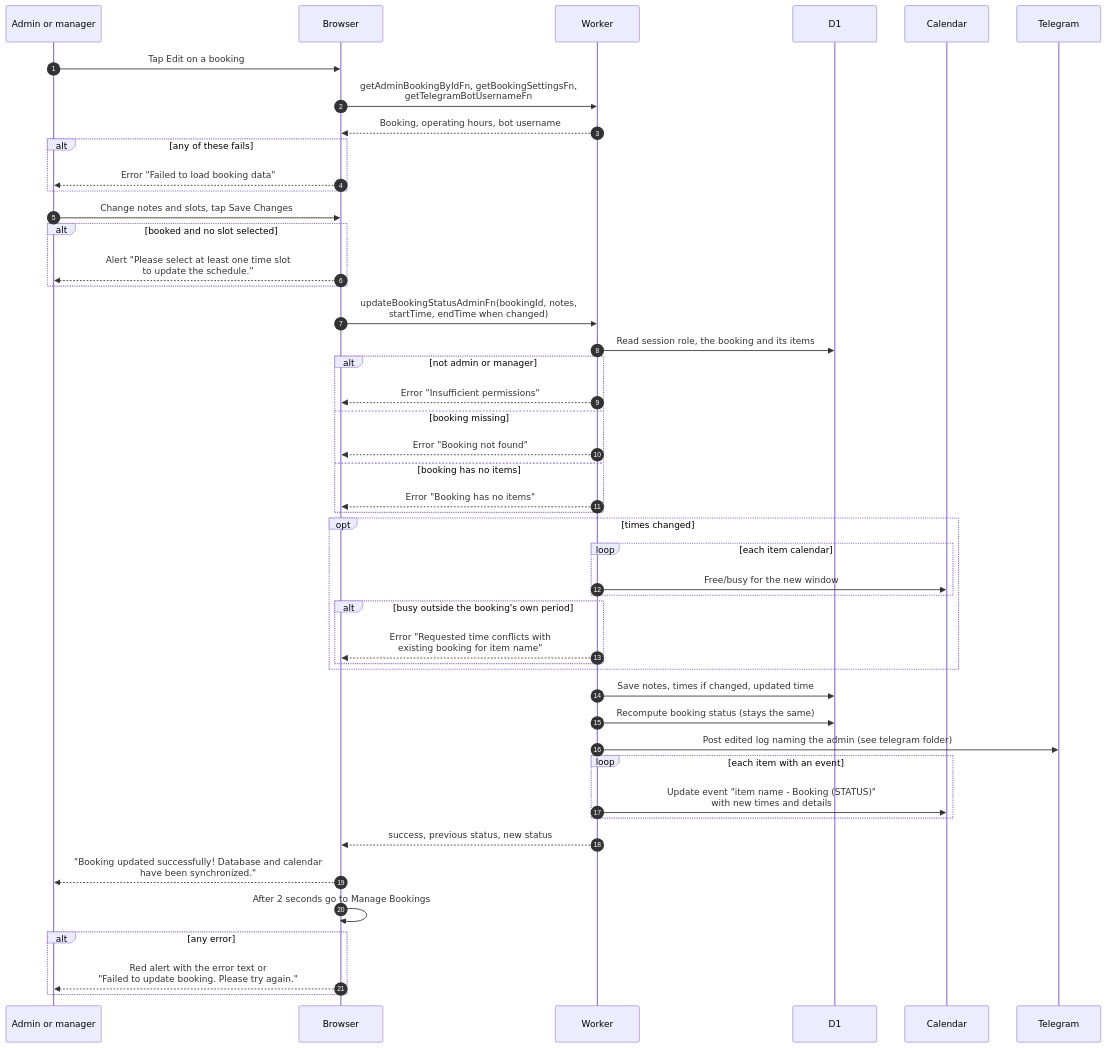
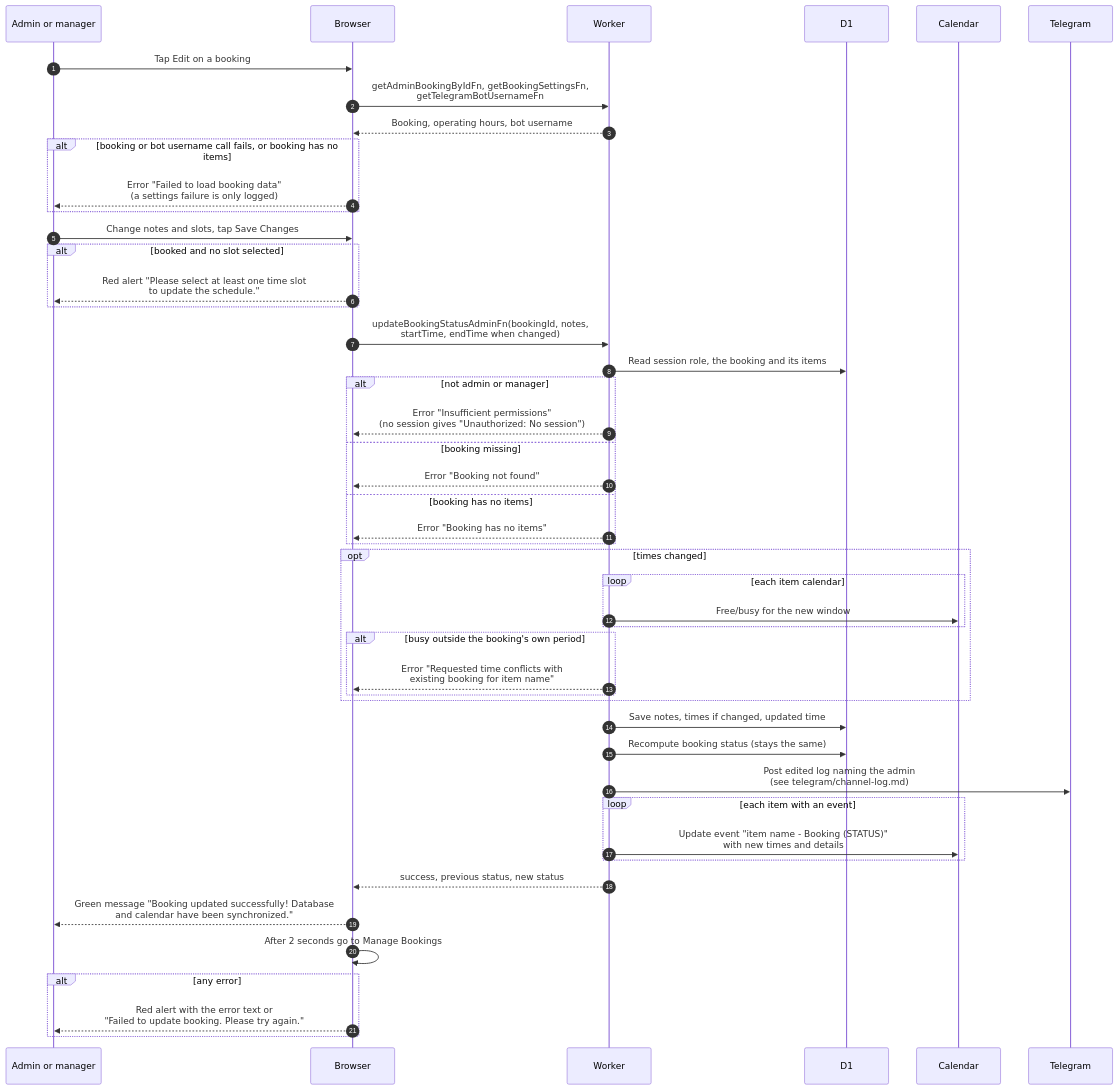
The diagram in docs/scenarios/bookings/admin-edit-booking.md (sagyzdop/meriksirat), drawn with Mermaid before and after one commit. The commit also changed other lines of this file and 17 other files, not shown here.

Commit message:
docs(scenarios): verify bookings diagrams against the code

````diff
--- a/docs/scenarios/bookings/admin-edit-booking.md
+++ b/docs/scenarios/bookings/admin-edit-booking.md
@@ -34,49 +35,49 @@
 ```mermaid
 sequenceDiagram
     autonumber
     participant A as Admin or manager
     participant B as Browser
     participant W as Worker
     participant D as D1
     participant C as Calendar
     participant T as Telegram
     A->>B: Tap Edit on a booking
     B->>W: getAdminBookingByIdFn, getBookingSettingsFn,<br/>getTelegramBotUsernameFn
     W-->>B: Booking, operating hours, bot username
-    alt any of these fails
-        B-->>A: Error "Failed to load booking data"
+    alt booking or bot username call fails, or booking has no items
+        B-->>A: Error "Failed to load booking data"<br/>(a settings failure is only logged)
     end
     A->>B: Change notes and slots, tap Save Changes
     alt booked and no slot selected
-        B-->>A: Alert "Please select at least one time slot<br/>to update the schedule."
+        B-->>A: Red alert "Please select at least one time slot<br/>to update the schedule."
     end
     B->>W: updateBookingStatusAdminFn(bookingId, notes,<br/>startTime, endTime when changed)
     W->>D: Read session role, the booking and its items
     alt not admin or manager
-        W-->>B: Error "Insufficient permissions"
+        W-->>B: Error "Insufficient permissions"<br/>(no session gives "Unauthorized: No session")
     else booking missing
         W-->>B: Error "Booking not found"
     else booking has no items
         W-->>B: Error "Booking has no items"
     end
     opt times changed
         loop each item calendar
             W->>C: Free/busy for the new window
         end
         alt busy outside the booking's own period
             W-->>B: Error "Requested time conflicts with<br/>existing booking for item name"
         end
     end
     W->>D: Save notes, times if changed, updated time
     W->>D: Recompute booking status (stays the same)
-    W->>T: Post edited log naming the admin (see telegram folder)
+    W->>T: Post edited log naming the admin<br/>(see telegram/channel-log.md)
     loop each item with an event
         W->>C: Update event "item name - Booking (STATUS)"<br/>with new times and details
     end
     W-->>B: success, previous status, new status
-    B-->>A: "Booking updated successfully! Database and calendar<br/>have been synchronized."
+    B-->>A: Green message "Booking updated successfully! Database<br/>and calendar have been synchronized."
     B->>B: After 2 seconds go to Manage Bookings
     alt any error
         B-->>A: Red alert with the error text or<br/>"Failed to update booking. Please try again."
     end
 ```
````
